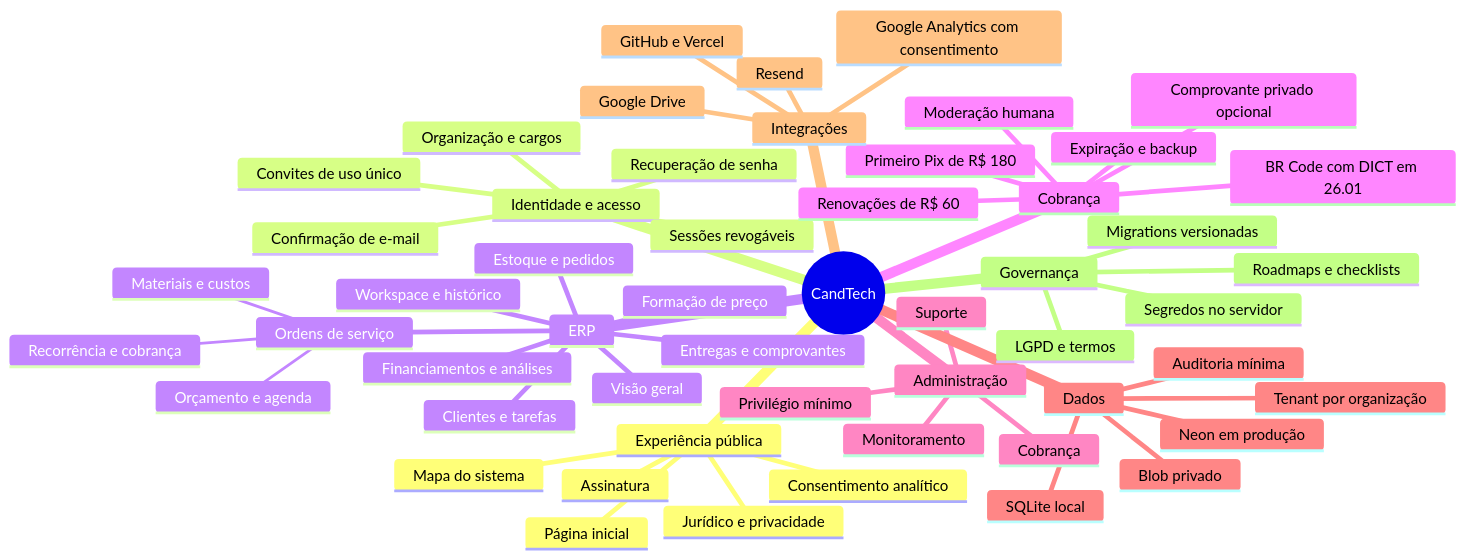
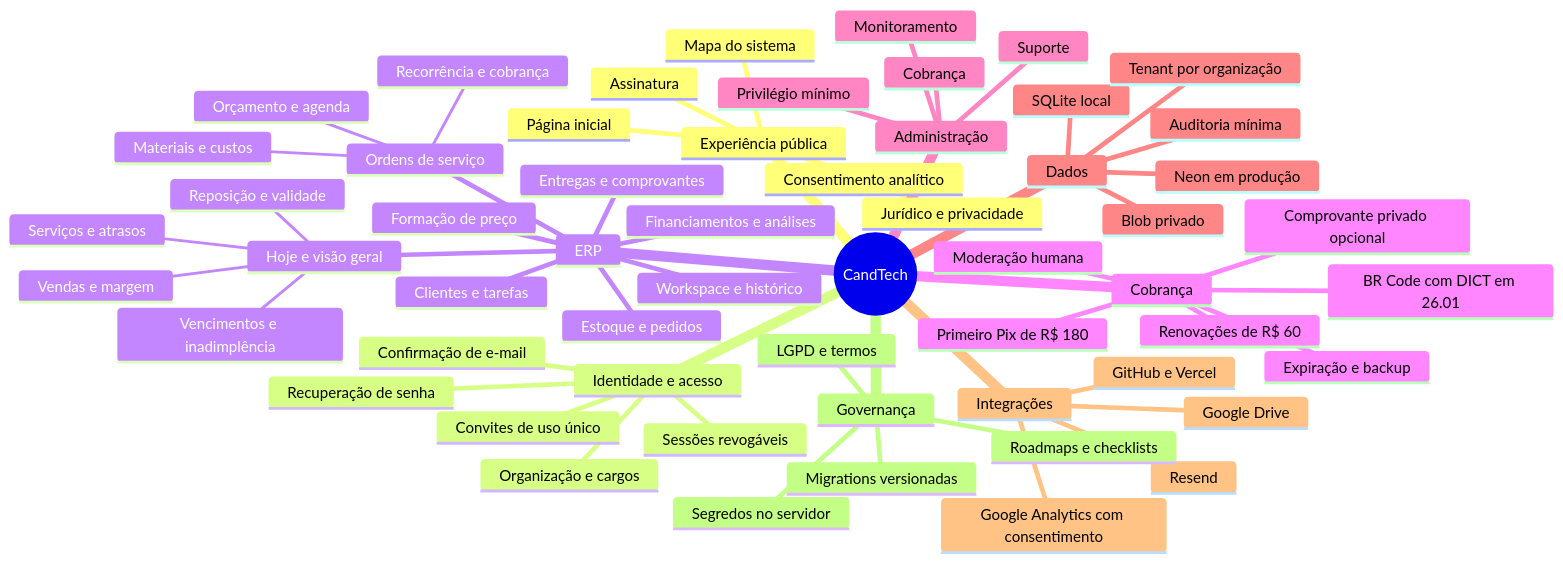
Before and after one commit to rennercand/CandTech: the second of 5 diagrams in docs/ARQUITETURA.md, drawn with Mermaid. The commit also changed other lines of this file and 21 other files, not shown here.

````diff
--- a/docs/ARQUITETURA.md
+++ b/docs/ARQUITETURA.md
@@ -59,56 +61,60 @@
 ```mermaid
 mindmap
   root((CandTech))
     Experiência pública
       Página inicial
       Assinatura
       Mapa do sistema
       Jurídico e privacidade
       Consentimento analítico
     Identidade e acesso
       Confirmação de e-mail
       Sessões revogáveis
       Recuperação de senha
       Organização e cargos
       Convites de uso único
     ERP
-      Visão geral
+      Hoje e visão geral
+        Vendas e margem
+        Vencimentos e inadimplência
+        Reposição e validade
+        Serviços e atrasos
       Clientes e tarefas
       Workspace e histórico
       Financiamentos e análises
       Formação de preço
       Estoque e pedidos
       Entregas e comprovantes
       Ordens de serviço
         Orçamento e agenda
         Materiais e custos
         Recorrência e cobrança
     Cobrança
       Primeiro Pix de R$ 180
       Renovações de R$ 60
       BR Code com DICT em 26.01
       Comprovante privado opcional
       Moderação humana
       Expiração e backup
     Administração
       Monitoramento
       Suporte
       Cobrança
       Privilégio mínimo
     Dados
       Neon em produção
       SQLite local
       Tenant por organização
       Blob privado
       Auditoria mínima
     Integrações
       Google Drive
       Resend
       Google Analytics com consentimento
       GitHub e Vercel
     Governança
       LGPD e termos
       Migrations versionadas
       Segredos no servidor
       Roadmaps e checklists
 ```
````
